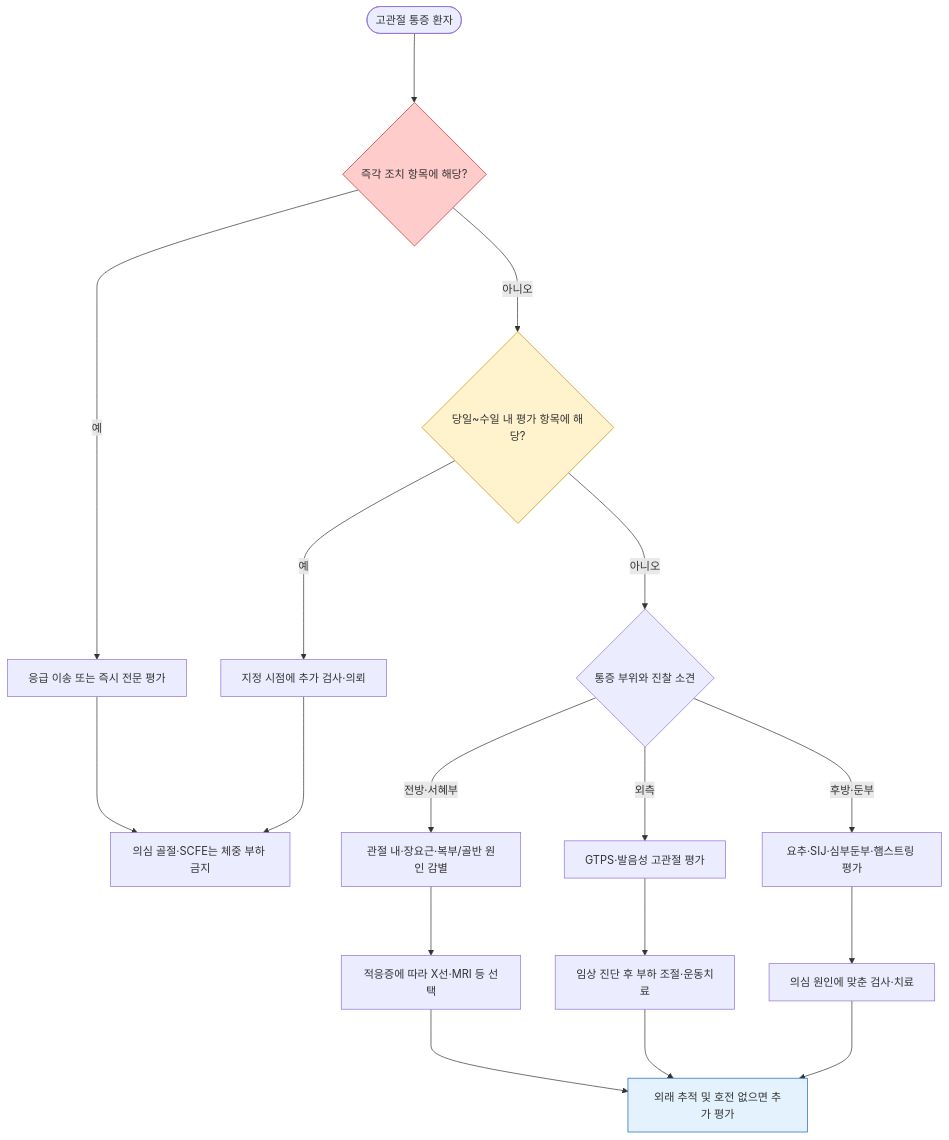
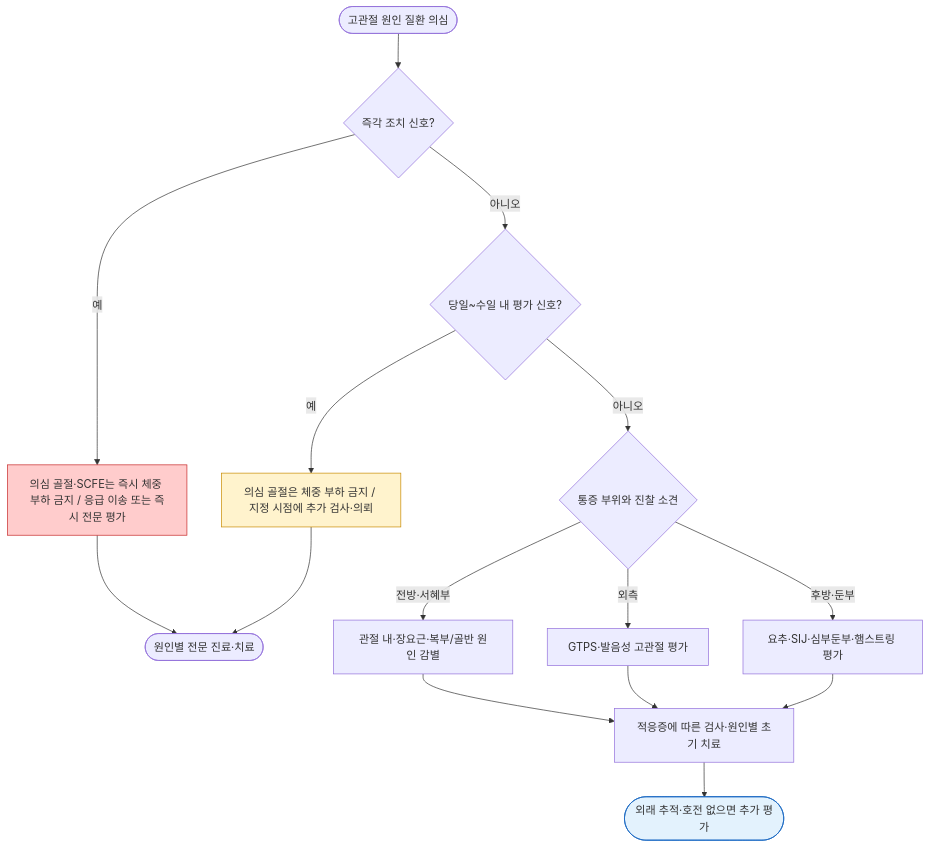
One commit to familyoh77/familyoh77 changed the diagram in 228_/143_-hip-pain.md. Above: the diagram before and after it, drawn with Mermaid. The commit also changed other lines of this file and 9 other files, not shown here.

````diff
--- a/228_/143_-hip-pain.md
+++ b/228_/143_-hip-pain.md
@@ -245,22 +249,20 @@
 ```mermaid
-graph TD
-    Start(["고관절 통증 환자"]) ---> Emer{"즉각 조치 항목에 해당?"}
-    Emer --->|예| ER["응급 이송 또는 즉시 전문 평가"]
-    Emer --->|아니오| Urgent{"당일~수일 내 평가 항목에 해당?"}
-    Urgent --->|예| Eval["지정 시점에 추가 검사·의뢰"]
-    Urgent --->|아니오| Loc{"통증 부위와 진찰 소견"}
-    ER ---> Safe["의심 골절·SCFE는 체중 부하 금지"]
-    Eval ---> Safe
-    Loc --->|전방·서혜부| Ant["관절 내·장요근·복부/골반 원인 감별"]
-    Loc --->|외측| Lat["GTPS·발음성 고관절 평가"]
-    Loc --->|후방·둔부| Post["요추·SIJ·심부둔부·햄스트링 평가"]
-    Ant ---> Img["적응증에 따라 X선·MRI 등 선택"]
-    Lat ---> PE["임상 진단 후 부하 조절·운동치료"]
-    Post ---> Other["의심 원인에 맞춘 검사·치료"]
-    Img ---> Follow["외래 추적 및 호전 없으면 추가 평가"]
-    PE ---> Follow
-    Other ---> Follow
-    style Emer fill:#ffcccc,stroke:#c62828
-    style Urgent fill:#fff3cd,stroke:#c88b00
+flowchart TD
+    Start(["고관절 원인 질환 의심"]) --> Emer{"즉각 조치 신호?"}
+    Emer -->|예| ER["의심 골절·SCFE는 즉시 체중 부하 금지 / 응급 이송 또는 즉시 전문 평가"]
+    Emer -->|아니오| Urgent{"당일~수일 내 평가 신호?"}
+    Urgent -->|예| Eval["의심 골절은 체중 부하 금지 / 지정 시점에 추가 검사·의뢰"]
+    ER --> End(["원인별 전문 진료·치료"])
+    Eval --> End
+    Urgent -->|아니오| Loc{"통증 부위와 진찰 소견"}
+    Loc -->|전방·서혜부| Ant["관절 내·장요근·복부/골반 원인 감별"]
+    Loc -->|외측| Lat["GTPS·발음성 고관절 평가"]
+    Loc -->|후방·둔부| Post["요추·SIJ·심부둔부·햄스트링 평가"]
+    Ant --> Plan["적응증에 따른 검사·원인별 초기 치료"]
+    Lat --> Plan
+    Post --> Plan
+    Plan --> Follow(["외래 추적·호전 없으면 추가 평가"])
+    style ER fill:#ffcccc,stroke:#c62828
+    style Eval fill:#fff3cd,stroke:#c88b00
     style Follow fill:#e3f2fd,stroke:#1565c0
 ```
````
